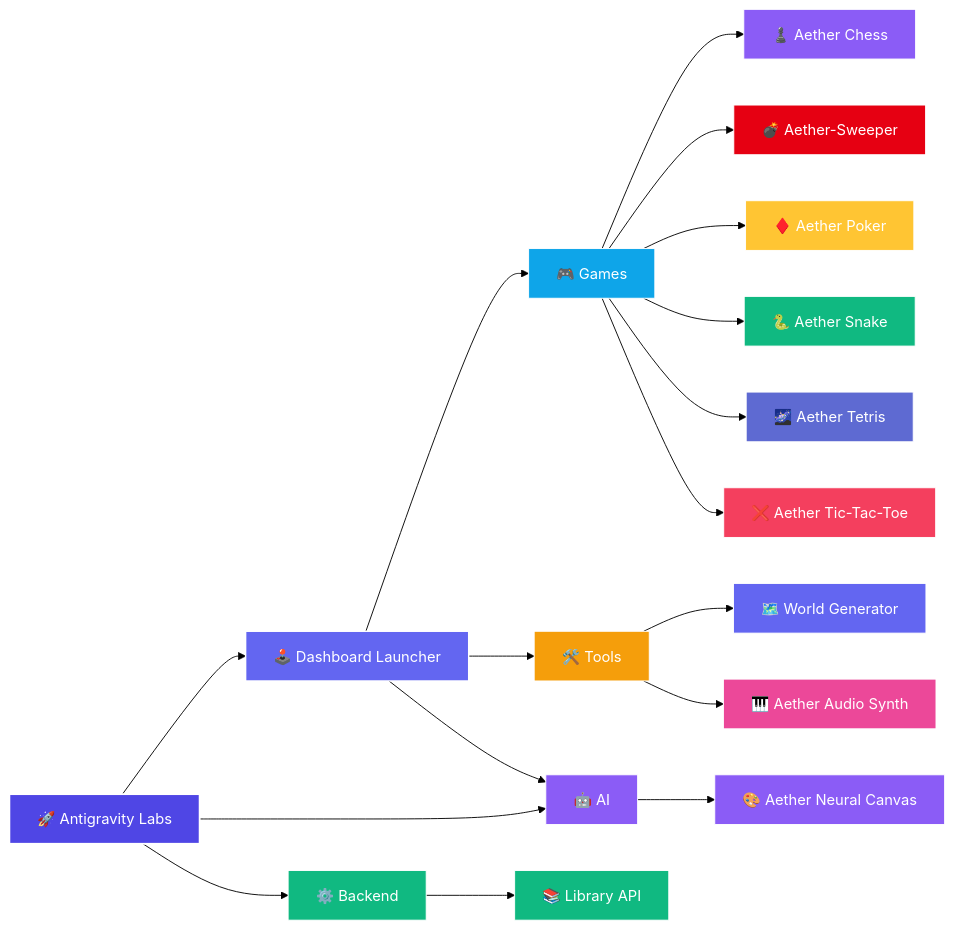
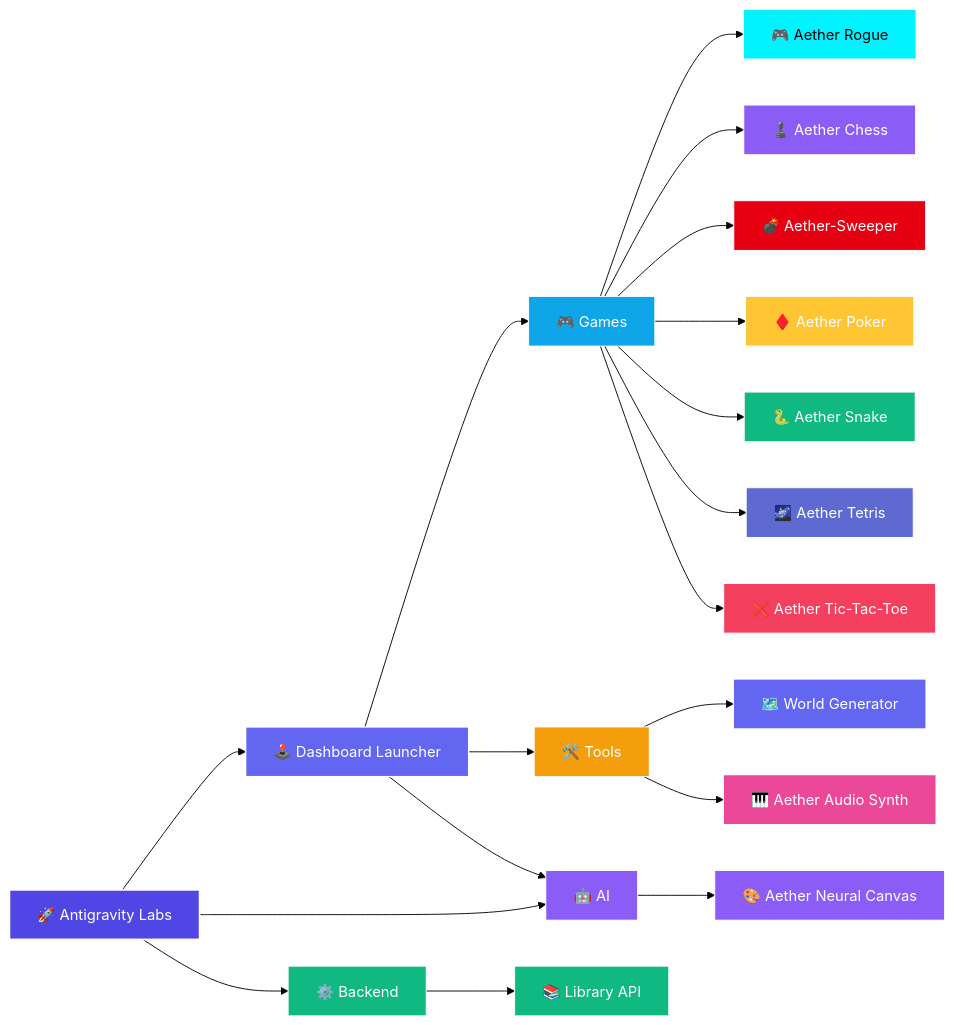
One commit to Leturnos/antigravity-labs changed the diagram in README.md. Above: the diagram before and after it, drawn with Mermaid (forest theme). The commit also changed other lines of this file and 14 other files, not shown here.

Commit message:
feat(aether-rogue): add 2D roguelike game with procedural dungeons

````diff
--- a/README.md
+++ b/README.md
@@ -35,44 +36,46 @@
 ```mermaid
 flowchart LR
     Root["🚀 Antigravity Labs"]
     Launcher["🕹️ Dashboard Launcher"]
 
     Root --> Launcher
     Root --> Backend["⚙️ Backend"]
     Root --> AI["🤖 AI"]
 
     Launcher --> Games["🎮 Games"]
     Launcher --> Tools["🛠️ Tools"]
     Launcher --> AI["🤖 AI"]
 
+    Games --> Rogue["🎮 Aether Rogue"]
     Games --> Chess["♟️ Aether Chess"]
     Games --> Sweeper["💣 Aether-Sweeper"]
     Games --> Poker["♦️ Aether Poker"]
     Games --> Snake["🐍 Aether Snake"]
     Games --> Tetris["🌌 Aether Tetris"]
     Games --> TicTacToe["❌ Aether Tic-Tac-Toe"]
 
     Backend --> LibraryAPI["📚 Library API"]
     
     Tools --> WorldGen["🗺️ World Generator"]
     Tools --> AudioSynth["🎹 Aether Audio Synth"]
 
     AI --> NeuralCanvas["🎨 Aether Neural Canvas"]
 
     style Root fill:#4f46e5,stroke:#fff,stroke-width:2px,color:#fff
     style Launcher fill:#6366f1,stroke:#fff,stroke-width:1.5px,color:#fff
     style Games fill:#0ea5e9,stroke:#fff,stroke-width:1px,color:#fff
     style Backend fill:#10b981,stroke:#fff,stroke-width:1px,color:#fff
     style AI fill:#8b5cf6,stroke:#fff,stroke-width:1px,color:#fff
     style Tools fill:#f59e0b,stroke:#fff,stroke-width:1px,color:#fff
+    style Rogue fill:#00f3ff,stroke:#fff,stroke-width:1px,color:#000
     style Chess fill:#8b5cf6,stroke:#fff,stroke-width:1px,color:#fff
     style Sweeper fill:#e60012,stroke:#fff,stroke-width:1px,color:#fff
     style Poker fill:#ffc533,stroke:#fff,stroke-width:1px,color:#fff
     style Snake fill:#10b981,stroke:#fff,stroke-width:1px,color:#fff
     style Tetris fill:#5e6ad2,stroke:#fff,stroke-width:1px,color:#fff
     style TicTacToe fill:#f43f5e,stroke:#fff,stroke-width:1px,color:#fff
     style LibraryAPI fill:#10b981,stroke:#fff,stroke-width:1px,color:#fff
     style WorldGen fill:#6366f1,stroke:#fff,stroke-width:1px,color:#fff
     style AudioSynth fill:#ec4899,stroke:#fff,stroke-width:1px,color:#fff
     style NeuralCanvas fill:#8b5cf6,stroke:#fff,stroke-width:1px,color:#fff
 ```
````
